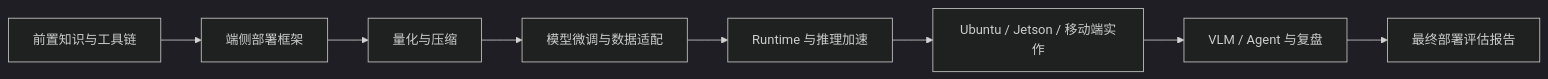
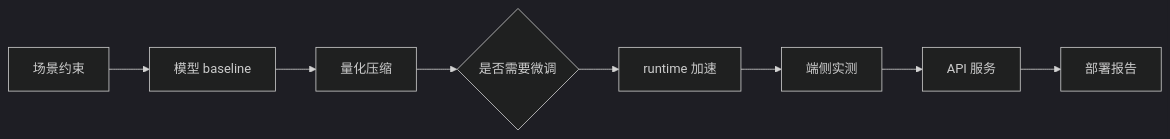
Before and after one commit to skyswordw/edge-ai-deployment-course: the diagram in docs/intro.md, drawn with Mermaid (dark theme). The commit also changed other lines of this file and 36 other files, not shown here.

````diff
--- a/docs/intro.md
+++ b/docs/intro.md
@@ -26,10 +54,10 @@
 ```mermaid
 flowchart LR
-  A[前置知识与工具链] --> B[端侧部署框架]
-  B --> C[量化与压缩]
-  C --> D[模型微调与数据适配]
-  D --> E[Runtime 与推理加速]
-  E --> F[Ubuntu / Jetson / 移动端实作]
-  F --> G[VLM / Agent 与复盘]
-  G --> H[最终部署评估报告]
+  A[场景约束] --> B[模型 baseline]
+  B --> C[量化压缩]
+  C --> D{是否需要微调}
+  D --> E[runtime 加速]
+  E --> F[端侧实测]
+  F --> G[API 服务]
+  G --> H[部署报告]
 ```
````
